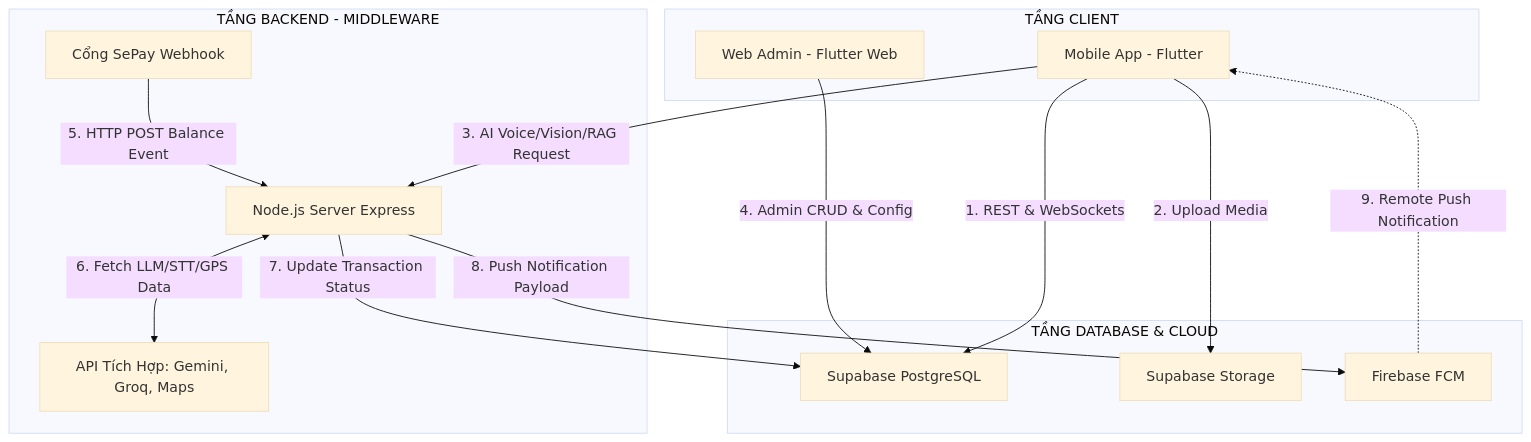
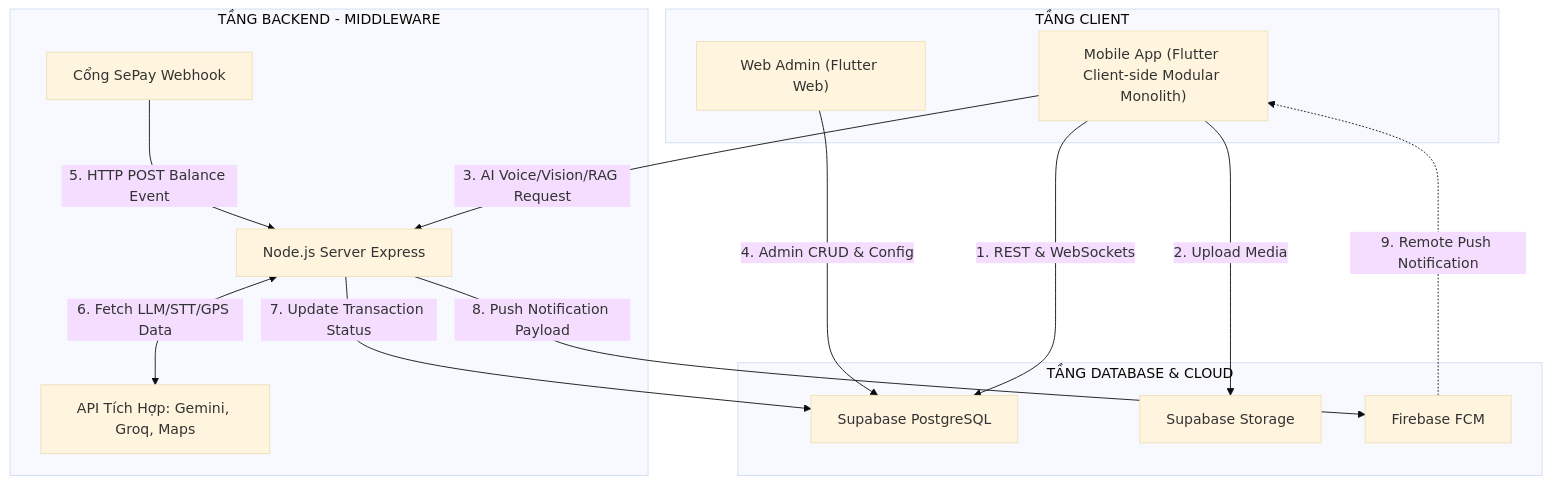
Before and after one commit to longgym23/BADMINTON_AI: the first of 2 diagrams in README.md, drawn with Mermaid (base theme). The commit also changed other lines of this file, not shown here.

Commit message:
docs: update architecture section in README.md

````diff
--- a/README.md
+++ b/README.md
@@ -84,33 +78,31 @@
 ```mermaid
 graph TD
     subgraph Tang_Client [TẦNG CLIENT]
-        MobileApp[Mobile App - Flutter]
-        WebAdmin[Web Admin - Flutter Web]
+        MobileApp["Mobile App (Flutter Client-side Modular Monolith)"]
+        WebAdmin["Web Admin (Flutter Web)"]
     end
 
     subgraph Tang_Backend [TẦNG BACKEND - MIDDLEWARE]
-        NodeServer[Node.js Server Express]
-        APIs[API Tích Hợp: Gemini, Groq, Maps]
-        SePay[Cổng SePay Webhook]
+        NodeServer["Node.js Server Express"]
+        APIs["API Tích Hợp: Gemini, Groq, Maps"]
+        SePay["Cổng SePay Webhook"]
     end
 
     subgraph Tang_DB_Cloud [TẦNG DATABASE & CLOUD]
-        Postgres[Supabase PostgreSQL]
-        Storage[Supabase Storage]
-        FCM[Firebase FCM]
+        Postgres["Supabase PostgreSQL"]
+        Storage["Supabase Storage"]
+        FCM["Firebase FCM"]
     end
 
-    %% Client Connections
     MobileApp -->|1. REST & WebSockets| Postgres
     MobileApp -->|2. Upload Media| Storage
     MobileApp -->|3. AI Voice/Vision/RAG Request| NodeServer
 
     WebAdmin -->|4. Admin CRUD & Config| Postgres
 
-    %% Backend Connections
     SePay -->|5. HTTP POST Balance Event| NodeServer
     NodeServer <-->|6. Fetch LLM/STT/GPS Data| APIs
     NodeServer -->|7. Update Transaction Status| Postgres
     NodeServer -->|8. Push Notification Payload| FCM
     FCM -.->|9. Remote Push Notification| MobileApp
 ```
````
